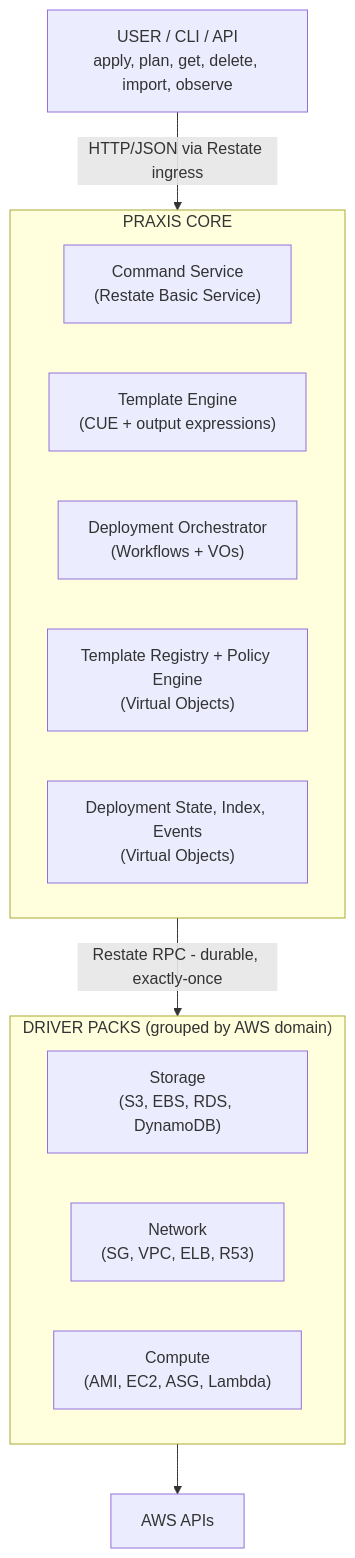
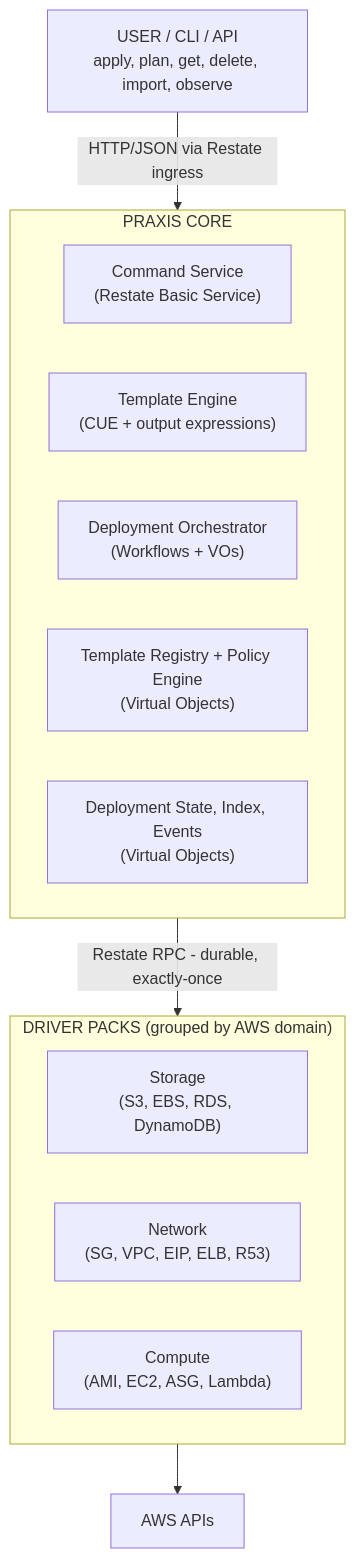
The first of 5 diagrams in docs/ARCHITECTURE.md (shirvan/praxis), drawn with Mermaid before and after one commit. The commit also changed other lines of this file and 25 other files, not shown here.

````diff
--- a/docs/ARCHITECTURE.md
+++ b/docs/ARCHITECTURE.md
@@ -17,24 +17,24 @@
 ```mermaid
 graph TD
     User["USER / CLI / API<br/>apply, plan, get, delete, import, observe"]
 
     User -->|"HTTP/JSON via Restate ingress"| Core
 
     subgraph Core["PRAXIS CORE"]
         CS["Command Service<br/>(Restate Basic Service)"]
         TE["Template Engine<br/>(CUE + output expressions)"]
         DO["Deployment Orchestrator<br/>(Workflows + VOs)"]
         TR["Template Registry + Policy Engine<br/>(Virtual Objects)"]
         DS["Deployment State, Index, Events<br/>(Virtual Objects)"]
     end
 
     Core -->|"Restate RPC - durable, exactly-once"| Drivers
 
     subgraph Drivers["DRIVER PACKS (grouped by AWS domain)"]
         Storage["Storage<br/>(S3, EBS, RDS, DynamoDB)"]
-        Network["Network<br/>(SG, VPC, ELB, R53)"]
+        Network["Network<br/>(SG, VPC, EIP, ELB, R53)"]
         Compute["Compute<br/>(AMI, EC2, ASG, Lambda)"]
     end
 
     Drivers --> AWS["AWS APIs"]
 ```
````
